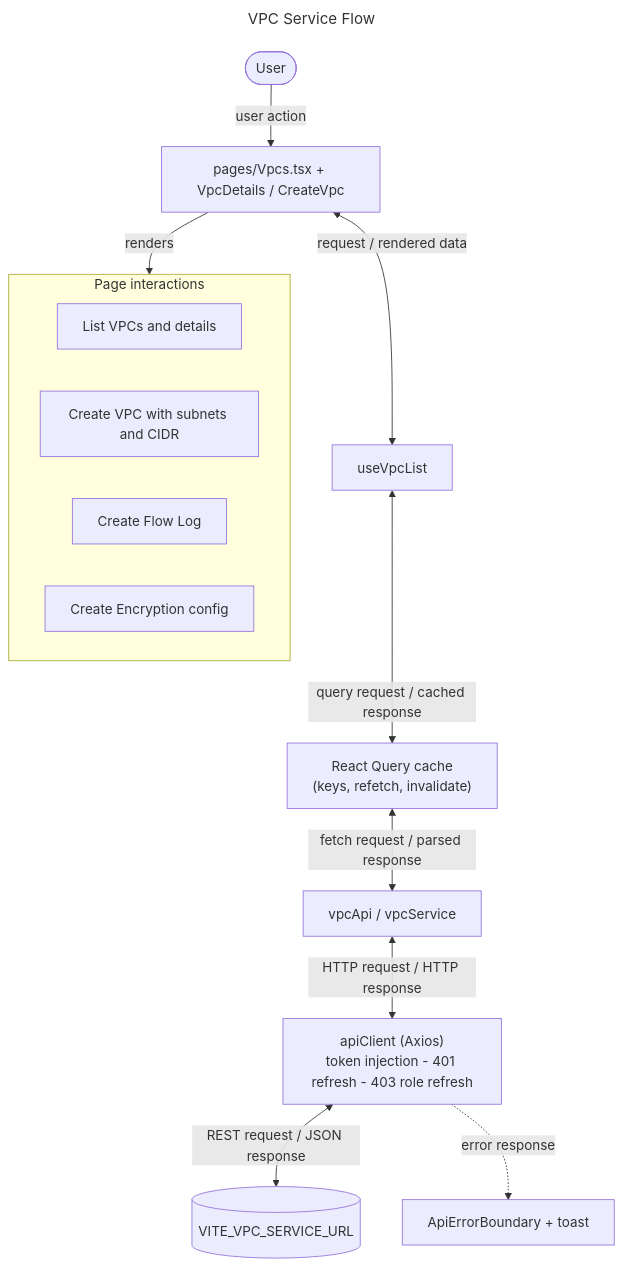
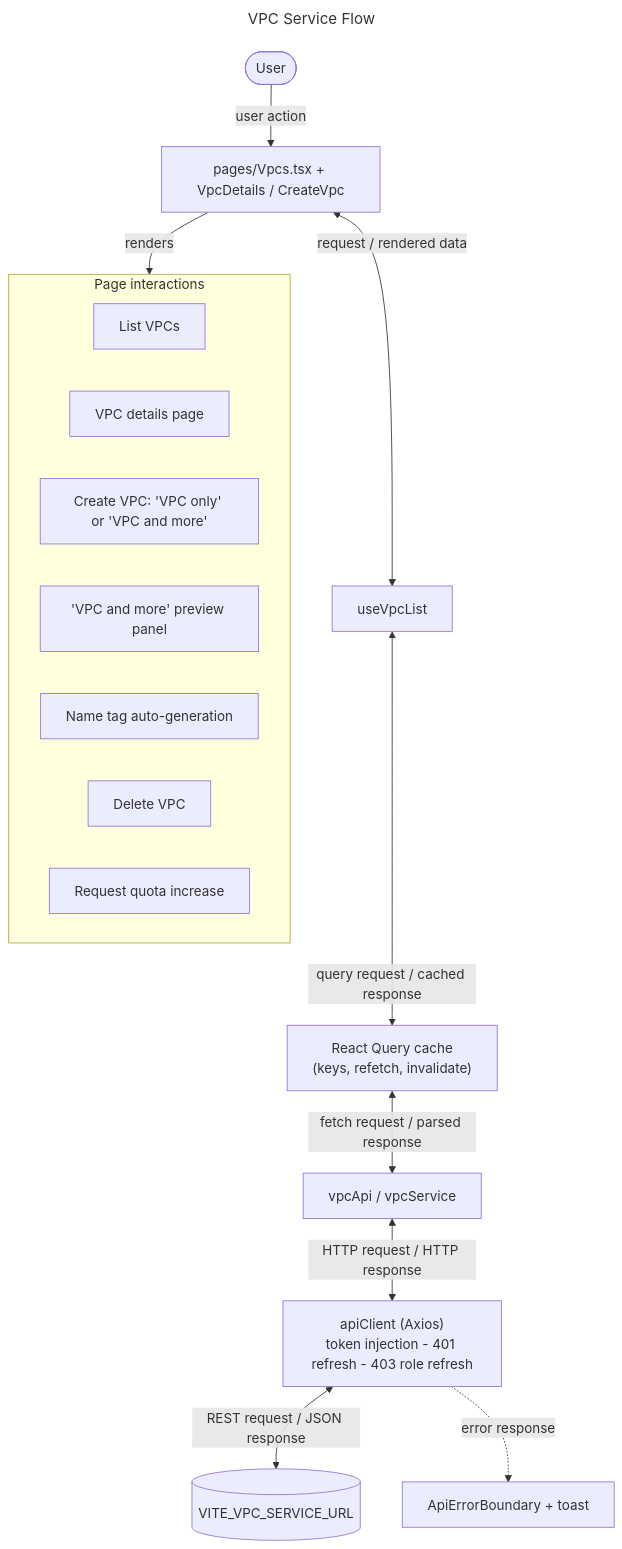
One commit to sayeeduddinofficial/user-table-view changed the diagram in docs/flowcharts/vpc.mmd. Above: the diagram before and after it, drawn with Mermaid. The commit also changed 4 other files, not shown here.

```diff
--- a/docs/flowcharts/vpc.mmd
+++ b/docs/flowcharts/vpc.mmd
@@ -1,18 +1,21 @@
 ---
 title: VPC Service Flow
 ---
 flowchart TD
   U([User]) -->|"user action"| P["pages/Vpcs.tsx + VpcDetails / CreateVpc"]
   P <-->|"request / rendered data"| H["useVpcList"]
   H <-->|"query request / cached response"| Q["React Query cache<br/>(keys, refetch, invalidate)"]
   Q <-->|"fetch request / parsed response"| A["vpcApi / vpcService"]
   A <-->|"HTTP request / HTTP response"| C["apiClient (Axios)<br/>token injection - 401 refresh - 403 role refresh"]
   C <-->|"REST request / JSON response"| S[("VITE_VPC_SERVICE_URL")]
   P -->|"renders"| UI
   subgraph UI[Page interactions]
-    S0["List VPCs and details"]
-    S1["Create VPC with subnets and CIDR"]
-    S2["Create Flow Log"]
-    S3["Create Encryption config"]
+    S0["List VPCs"]
+    S1["VPC details page"]
+    S2["Create VPC: 'VPC only' or 'VPC and more'"]
+    S3["'VPC and more' preview panel"]
+    S4["Name tag auto-generation"]
+    S5["Delete VPC"]
+    S6["Request quota increase"]
   end
   C -. "error response" .-> E["ApiErrorBoundary + toast"]
```
